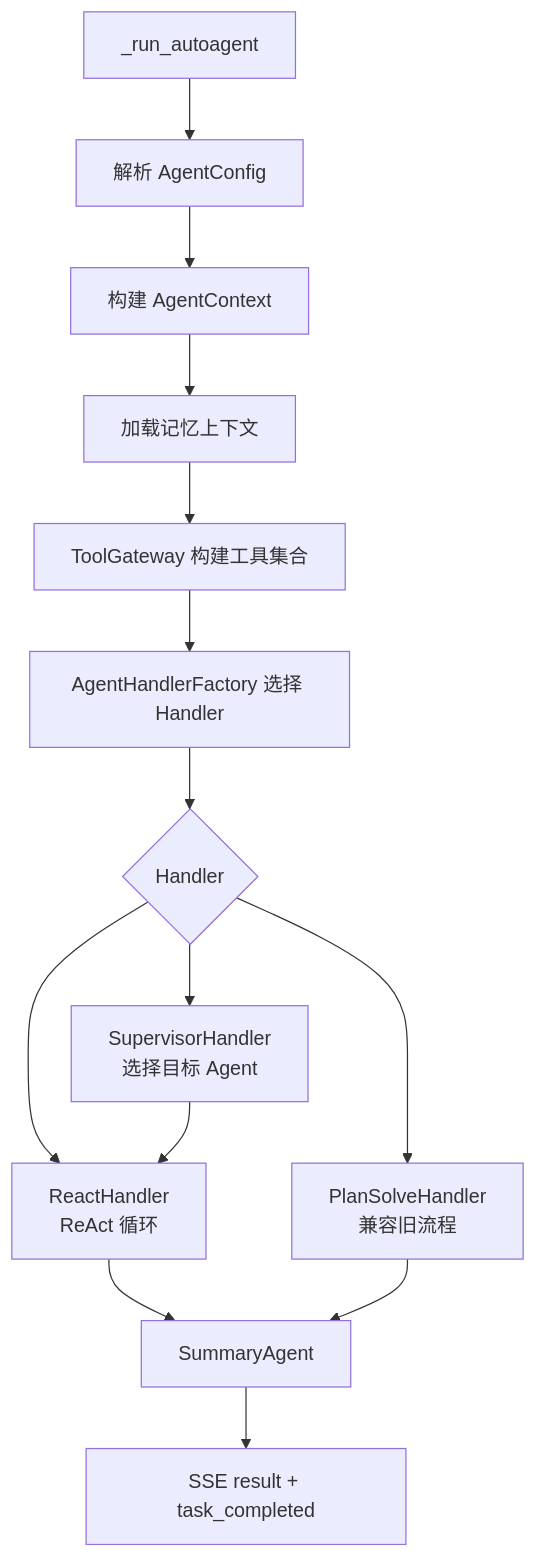
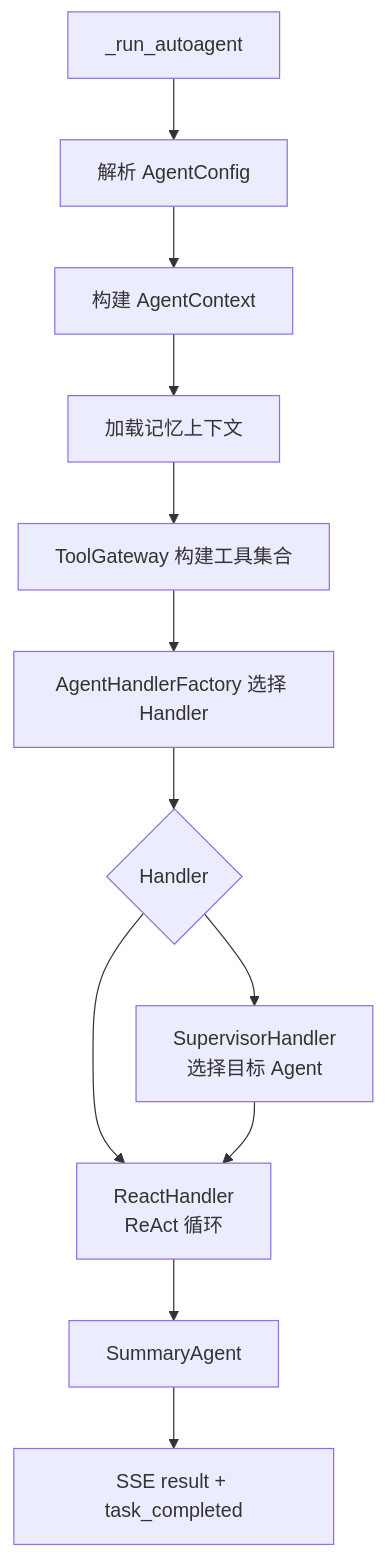
One commit to youkuxiaobin/task-pilot-agent changed the eighth of 18 diagrams in README.zh-CN.md. Above: the diagram before and after it, drawn with Mermaid. The commit also changed other lines of this file and 30 other files, not shown here.

Commit message:
Remove legacy plan solve flow

````diff
--- a/README.zh-CN.md
+++ b/README.zh-CN.md
@@ -166,16 +166,14 @@
 ```mermaid
 flowchart TD
   A["_run_autoagent"] --> B["解析 AgentConfig"]
   B --> C["构建 AgentContext"]
   C --> D["加载记忆上下文"]
   D --> E["ToolGateway 构建工具集合"]
   E --> F["AgentHandlerFactory 选择 Handler"]
   F --> G{"Handler"}
   G --> H["SupervisorHandler<br/>选择目标 Agent"]
   G --> I["ReactHandler<br/>ReAct 循环"]
-  G --> J["PlanSolveHandler<br/>兼容旧流程"]
   H --> I
   I --> K["SummaryAgent"]
-  J --> K
   K --> L["SSE result + task_completed"]
 ```
````
